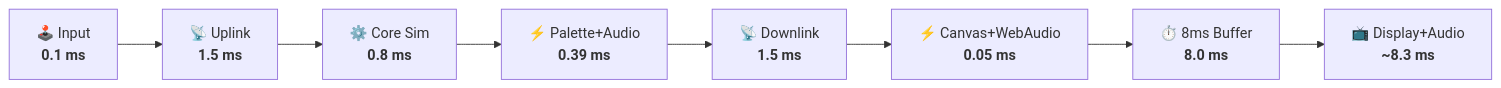
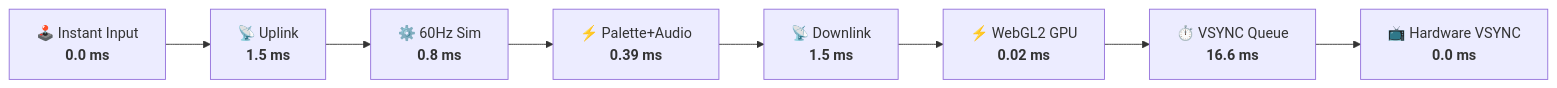
One commit to Cyclone1070/remote-retro changed the second of 2 diagrams in BENCHMARK_REPORT.md. Above: the diagram before and after it, drawn with Mermaid. The commit also changed other lines of this file and 3 other files, not shown here.

Commit message:
implemented webgl2 gpu rendering + vsync phase locked pacing

````diff
--- a/BENCHMARK_REPORT.md
+++ b/BENCHMARK_REPORT.md
@@ -48,10 +51,10 @@
 ```mermaid
 flowchart LR
-    A["🕹️ Input<br/><b>0.1 ms</b>"] --> B["📡 Uplink<br/><b>1.5 ms</b>"]
-    B --> C["⚙️ Core Sim<br/><b>0.8 ms</b>"]
+    A["🕹️ Instant Input<br/><b>0.0 ms</b>"] --> B["📡 Uplink<br/><b>1.5 ms</b>"]
+    B --> C["⚙️ 60Hz Sim<br/><b>0.8 ms</b>"]
     C --> D["⚡ Palette+Audio<br/><b>0.39 ms</b>"]
     D --> E["📡 Downlink<br/><b>1.5 ms</b>"]
-    E --> F["⚡ Canvas+WebAudio<br/><b>0.05 ms</b>"]
-    F --> G["⏱️ 8ms Buffer<br/><b>8.0 ms</b>"]
-    G --> H["📺 Display+Audio<br/><b>~8.3 ms</b>"]
+    E --> F["⚡ WebGL2 GPU<br/><b>0.02 ms</b>"]
+    F --> G["⏱️ VSYNC Queue<br/><b>16.6 ms</b>"]
+    G --> H["📺 Hardware VSYNC<br/><b>0.0 ms</b>"]
 ```
````
